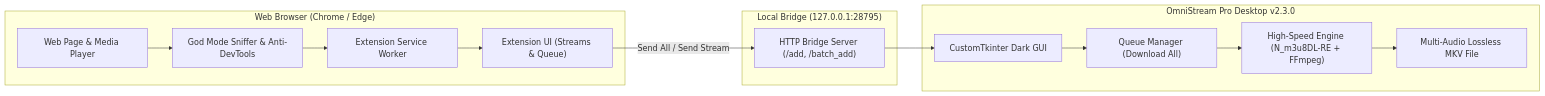
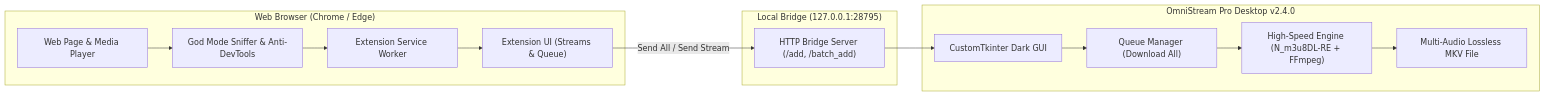
One commit to Xmon4u/OmniStream-Pro-v2 changed the diagram in README.md. Above: the diagram before and after it, drawn with Mermaid. The commit also changed other lines of this file and 21 other files, not shown here.

Commit message:
feat(release): OmniStream Pro v2.4.0 - High-Resilience Multi-Audio Engine & System-Wide Reliability Update

````diff
--- a/README.md
+++ b/README.md
@@ -60,29 +60,29 @@
 ```mermaid
 graph LR
     subgraph Browser ["Web Browser (Chrome / Edge)"]
         WebPage["Web Page & Media Player"]
         GodMode["God Mode Sniffer & Anti-DevTools"]
         ExtSW["Extension Service Worker"]
         Popup["Extension UI (Streams & Queue)"]
         WebPage --> GodMode
         GodMode --> ExtSW
         ExtSW --> Popup
     end
 
     subgraph Bridge ["Local Bridge (127.0.0.1:28795)"]
         BridgeServer["HTTP Bridge Server (/add, /batch_add)"]
     end
 
-    subgraph DesktopApp ["OmniStream Pro Desktop v2.3.0"]
+    subgraph DesktopApp ["OmniStream Pro Desktop v2.4.0"]
         GUI["CustomTkinter Dark GUI"]
         QueueMgr["Queue Manager (Download All)"]
         Engine["High-Speed Engine (N_m3u8DL-RE + FFmpeg)"]
         OutputMKV["Multi-Audio Lossless MKV File"]
         GUI --> QueueMgr
         QueueMgr --> Engine
         Engine --> OutputMKV
     end
 
     Popup -- "Send All / Send Stream" --> BridgeServer
     BridgeServer --> GUI
 ```
````
